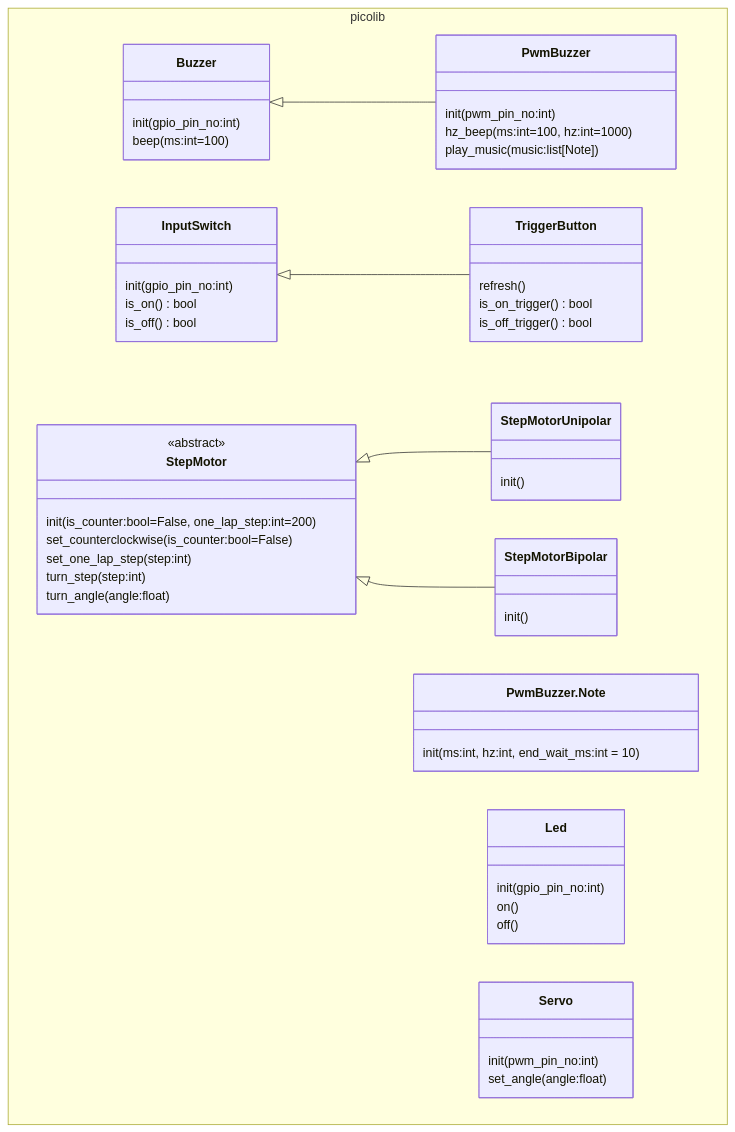
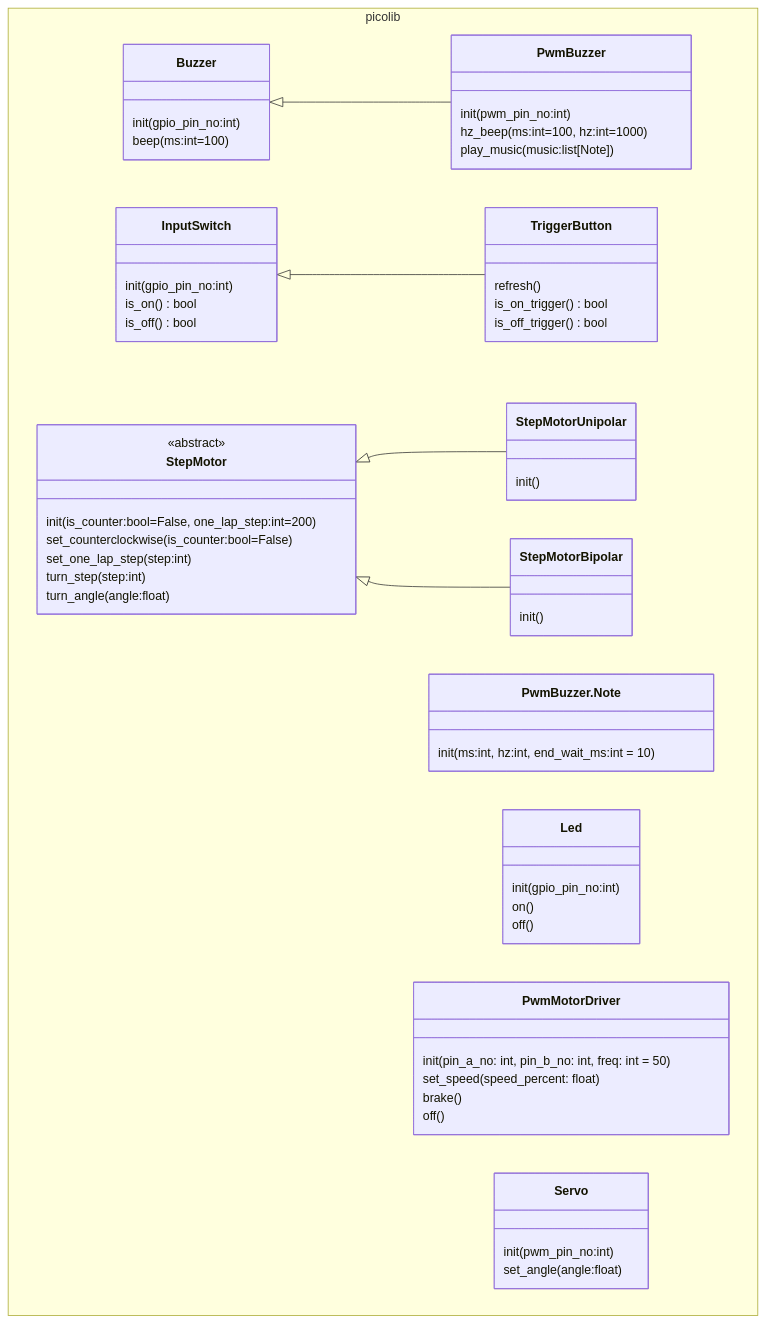
Before and after one commit to ModokiSealsky/ElectronicWork: the diagram in Library/picolib/README.md, drawn with Mermaid. The commit also changed other lines of this file and 1 other file, not shown here.

Commit message:
PWMで制御可能なモータードライバ用のクラスを追加。

````diff
--- a/Library/picolib/README.md
+++ b/Library/picolib/README.md
@@ -15,66 +15,73 @@
 ```mermaid
 classDiagram
 
 namespace picolib {
     class Buzzer{
         init(gpio_pin_no:int)
         beep(ms:int=100)
     }
 
     class PwmBuzzer{
         init(pwm_pin_no:int)
         hz_beep(ms:int=100, hz:int=1000)
         play_music(music:list[Note])
     }
 
     class PwmBuzzer.Note {
         init(ms:int, hz:int, end_wait_ms:int = 10)
     }
 
     class InputSwitch{
         init(gpio_pin_no:int)
         is_on() bool
         is_off() bool
     }
 
     class TriggerButton{
         refresh()
         is_on_trigger() bool
         is_off_trigger() bool
     }
 
     class Led{
         init(gpio_pin_no:int)
         on()
         off()
     }
 
+    class PwmMotorDriver{
+        init(pin_a_no: int, pin_b_no: int, freq: int = 50)
+        set_speed(speed_percent: float)
+        brake()
+        off()
+    }
+
     class Servo{
         init(pwm_pin_no:int)
         set_angle(angle:float)
     }
 
     class StepMotor{
         <<abstract>>
         init(is_counter:bool=False, one_lap_step:int=200)
         set_counterclockwise(is_counter:bool=False)
         set_one_lap_step(step:int)
         turn_step(step:int)
         turn_angle(angle:float)
     }
 
     class StepMotorUnipolar{
         init()
     }
 
     class StepMotorBipolar{
         init()
     }
 }
 
 Buzzer <|-- PwmBuzzer
 InputSwitch <|-- TriggerButton
 StepMotor <|-- StepMotorUnipolar
 StepMotor <|-- StepMotorBipolar
 
 ```
````
